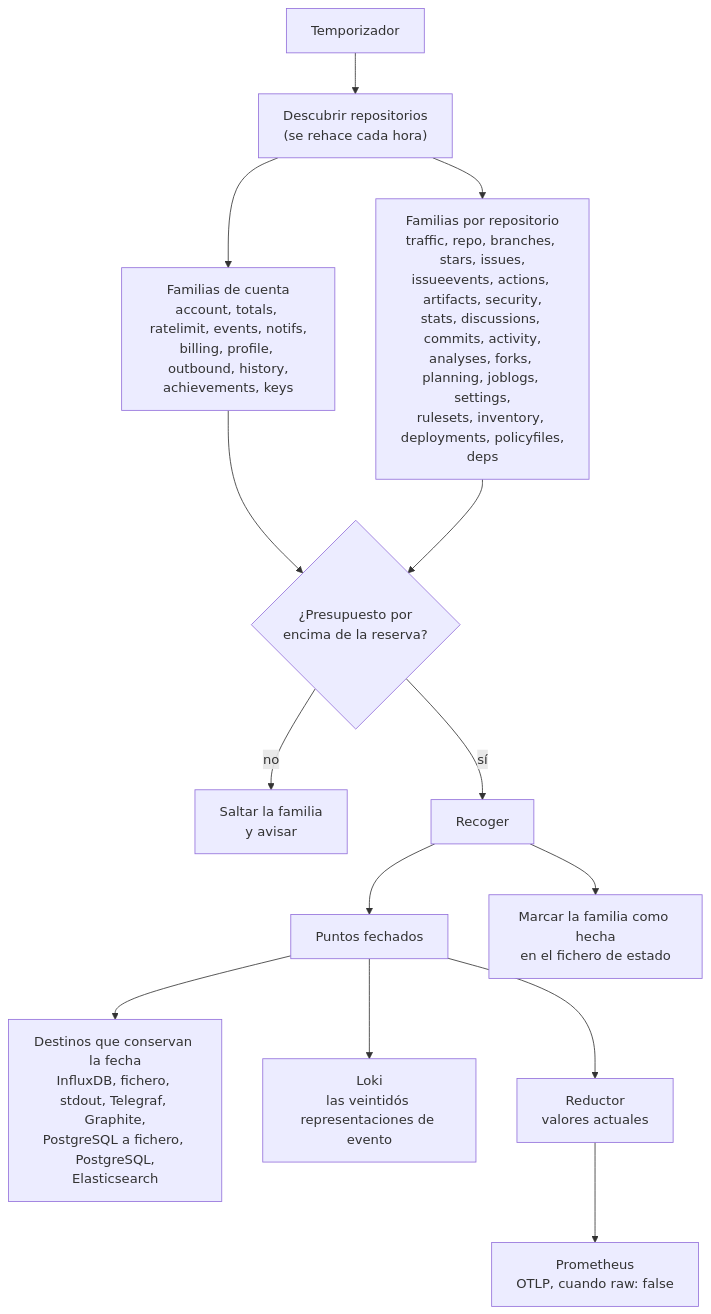
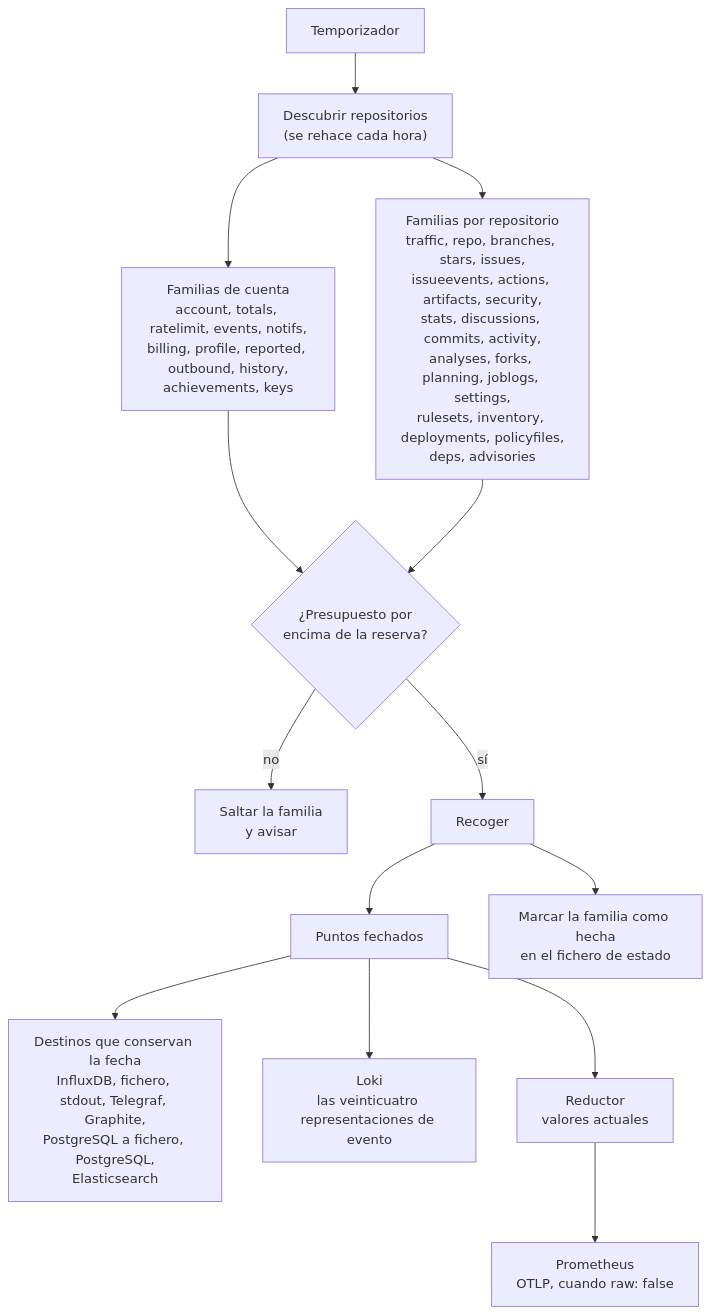
One commit to jmrplens/ghchronicle changed the diagram in site/src/content/docs/es/how/index.mdx. Above: the diagram before and after it, drawn with Mermaid. The commit also changed 91 other files, not shown here.

First line of the commit message:
Collect security advisories, received and reported (#135)

````diff
--- a/site/src/content/docs/es/how/index.mdx
+++ b/site/src/content/docs/es/how/index.mdx
@@ -22,17 +22,17 @@
 ```mermaid
 %% Generated by site/scripts/gen-figures.mjs from internal/config/config.go and internal/run/runner.go
 flowchart TD
     T["Temporizador"] --> D["Descubrir repositorios<br/>(se rehace cada hora)"]
-    D --> A["Familias de cuenta<br/>account, totals, ratelimit, events, notifs,<br/>billing, profile, outbound, history,<br/>achievements, keys"]
-    D --> R["Familias por repositorio<br/>traffic, repo, branches, stars, issues,<br/>issueevents, actions, artifacts, security,<br/>stats, discussions, commits, activity,<br/>analyses, forks, planning, joblogs, settings,<br/>rulesets, inventory, deployments, policyfiles,<br/>deps"]
+    D --> A["Familias de cuenta<br/>account, totals, ratelimit, events, notifs,<br/>billing, profile, reported, outbound, history,<br/>achievements, keys"]
+    D --> R["Familias por repositorio<br/>traffic, repo, branches, stars, issues,<br/>issueevents, actions, artifacts, security,<br/>stats, discussions, commits, activity,<br/>analyses, forks, planning, joblogs, settings,<br/>rulesets, inventory, deployments, policyfiles,<br/>deps, advisories"]
     A --> B{"¿Presupuesto por<br/>encima de la reserva?"}
     R --> B
     B -- "no" --> S["Saltar la familia<br/>y avisar"]
     B -- "sí" --> C["Recoger"]
     C --> P["Puntos fechados"]
     P --> H["Destinos que conservan la fecha<br/>InfluxDB, fichero, stdout, Telegraf, Graphite,<br/>PostgreSQL a fichero, PostgreSQL,<br/>Elasticsearch"]
-    P --> L["Loki<br/>las veintidós representaciones de evento"]
+    P --> L["Loki<br/>las veinticuatro representaciones de evento"]
     P --> RD["Reductor<br/>valores actuales"]
     RD --> G["Prometheus<br/>OTLP, cuando raw: false"]
     C --> M["Marcar la familia como hecha<br/>en el fichero de estado"]
 ```
````
